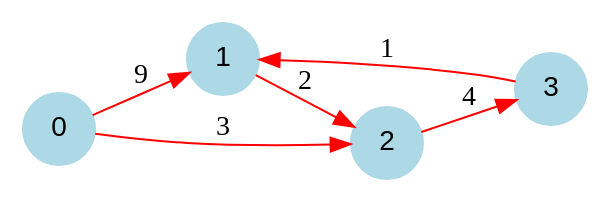
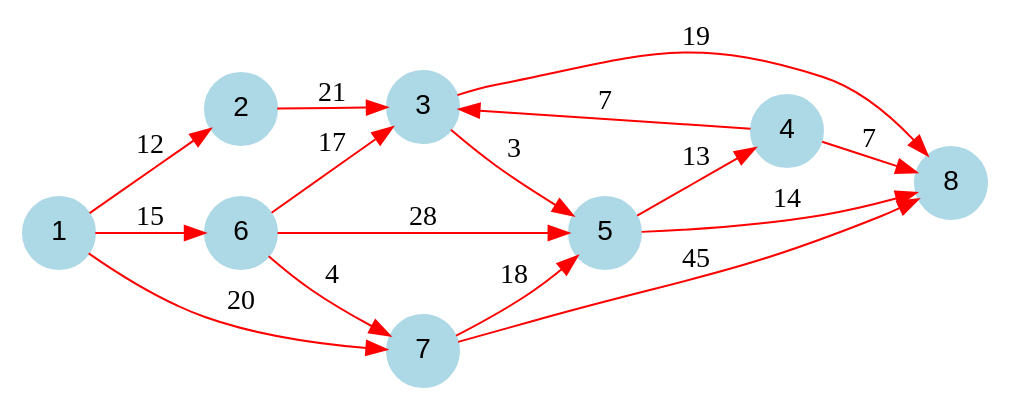
One commit to benech17/Shortest-Path changed the diagram in programme2/output/dot/graph4.dot. Above: the diagram before and after it, drawn with Graphviz. The commit also changed 19 other files, not shown here.

Commit message:
fichier .la to graph (exemple2) + Readme

```diff
--- a/programme2/output/dot/graph4.dot
+++ b/programme2/output/dot/graph4.dot
@@ -1,10 +1,20 @@
 digraph graphe {
 rankdir = LR;
 node [fontname="Arial", shape = circle, color=lightblue, style=filled];
 edge [color=red]
-	0 -> 1 [label = "9"];
-	0 -> 2 [label = "3"];
-	1 -> 2 [label = "2"];
-	2 -> 3 [label = "4"];
-	3 -> 1 [label = "1"];
+	1 -> 2 [label = "12"];
+	1 -> 6 [label = "15"];
+	1 -> 7 [label = "20"];
+	2 -> 3 [label = "21"];
+	3 -> 5 [label = "3"];
+	3 -> 8 [label = "19"];
+	4 -> 3 [label = "7"];
+	4 -> 8 [label = "7"];
+	5 -> 4 [label = "13"];
+	5 -> 8 [label = "14"];
+	6 -> 3 [label = "17"];
+	6 -> 5 [label = "28"];
+	6 -> 7 [label = "4"];
+	7 -> 5 [label = "18"];
+	7 -> 8 [label = "45"];
 }
```
